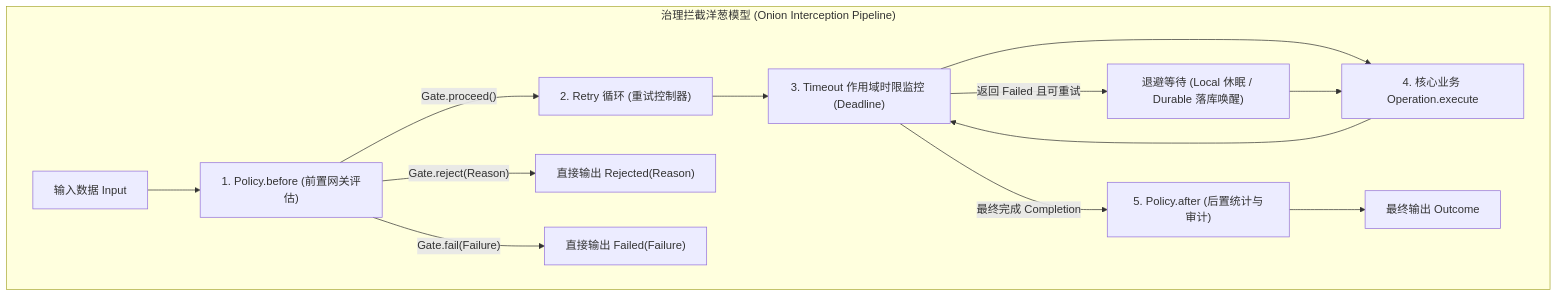
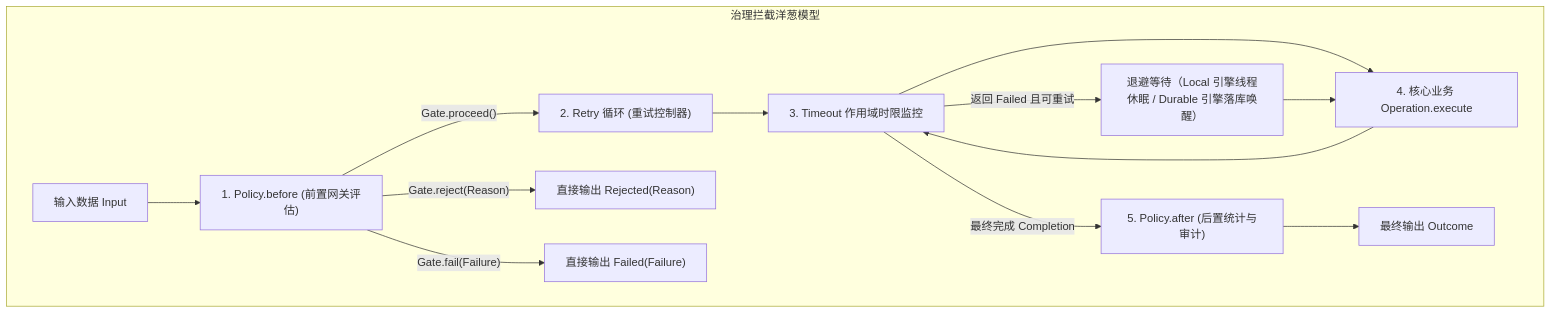
Before and after one commit to team4u/team4u-framework: the first of 2 diagrams in docs/flow/flow-governance.md, drawn with Mermaid. The commit also changed other lines of this file and 142 other files, not shown here.

````diff
--- a/docs/flow/flow-governance.md
+++ b/docs/flow/flow-governance.md
@@ -13,19 +13,19 @@
 ```mermaid
 graph TD
-    subgraph "治理拦截洋葱模型 (Onion Interception Pipeline)"
+    subgraph "治理拦截洋葱模型"
         IN["输入数据 Input"] --> P_BEFORE["1. Policy.before (前置网关评估)"]
         P_BEFORE -->|"Gate.proceed()"| R_LOOP["2. Retry 循环 (重试控制器)"]
         P_BEFORE -->|"Gate.reject(Reason)"| OUT_REJ["直接输出 Rejected(Reason)"]
         P_BEFORE -->|"Gate.fail(Failure)"| OUT_FAIL["直接输出 Failed(Failure)"]
         
-        R_LOOP --> T_SCOPE["3. Timeout 作用域时限监控 (Deadline)"]
+        R_LOOP --> T_SCOPE["3. Timeout 作用域时限监控"]
         T_SCOPE --> OP["4. 核心业务 Operation.execute"]
         OP --> T_SCOPE
         
-        T_SCOPE -->|"返回 Failed 且可重试"| R_BACKOFF["退避等待 (Local 休眠 / Durable 落库唤醒)"]
+        T_SCOPE -->|"返回 Failed 且可重试"| R_BACKOFF["退避等待（Local 引擎线程休眠 / Durable 引擎落库唤醒）"]
         R_BACKOFF --> OP
         
         T_SCOPE -->|"最终完成 Completion"| P_AFTER["5. Policy.after (后置统计与审计)"]
         P_AFTER --> RES["最终输出 Outcome"]
     end
 ```
````
